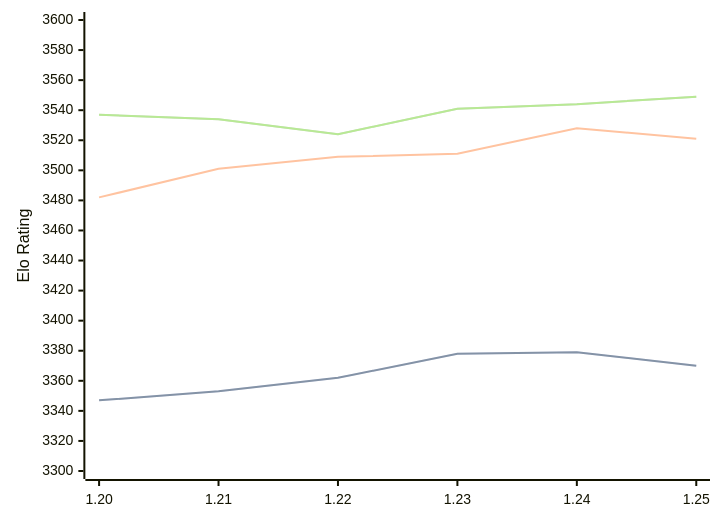
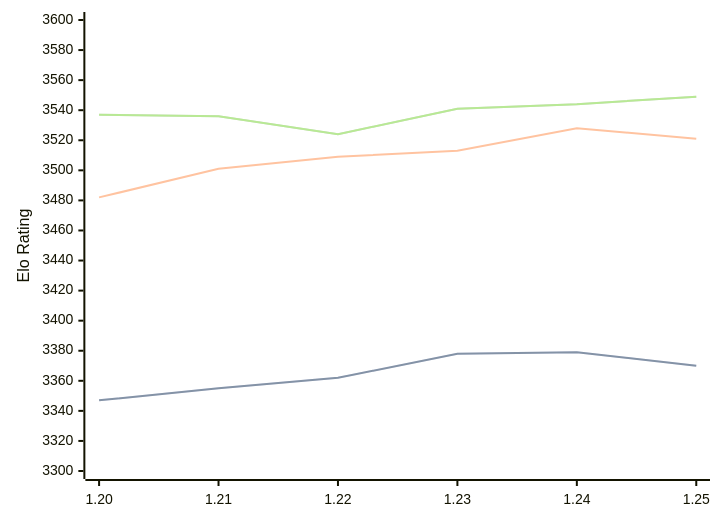
One commit to computer-chess-index/cci changed the diagram in engines/Caissa.md. Above: the diagram before and after it, drawn with Mermaid. The commit also changed other lines of this file, not shown here.

Commit message:
Update CCI Ratings (ELO VLTC) - 2026-08-10

````diff
--- a/engines/Caissa.md
+++ b/engines/Caissa.md
@@ -36,11 +37,11 @@
 ```mermaid
 %%{init: {"theme":"base","themeVariables":{"seriesColors:['#a3a3a3','#222221','#faa371']}}}%%
 xychart-beta
   x-axis ["1.20", "1.21", "1.22", "1.23", "1.24", "1.25"]
   y-axis "Elo Rating" 3300 --> 3600
-  line "STC (8.0+0.08s)" [3347, 3353, 3362, 3378, 3379, 3370]
-  line "STC (8.0+0.08s)" [3347, 3353, 3362, 3378, 3379, 3370]
-  line "LTC (60.0+0.60s)" [3482, 3501, 3509, 3511, 3528, 3521]
-  line "VLTC (2m24s+1.12s)" [3537, 3534, 3524, 3541, 3544, 3549]
-  line "VLTC (2m24s+1.12s)" [3537, 3534, 3524, 3541, 3544, 3549]
+  line "STC (8.0+0.08s)" [3347, 3355, 3362, 3378, 3379, 3370]
+  line "STC (8.0+0.08s)" [3347, 3355, 3362, 3378, 3379, 3370]
+  line "LTC (60.0+0.60s)" [3482, 3501, 3509, 3513, 3528, 3521]
+  line "VLTC (2m24s+1.12s)" [3537, 3536, 3524, 3541, 3544, 3549]
+  line "VLTC (2m24s+1.12s)" [3537, 3536, 3524, 3541, 3544, 3549]
 ```
````
